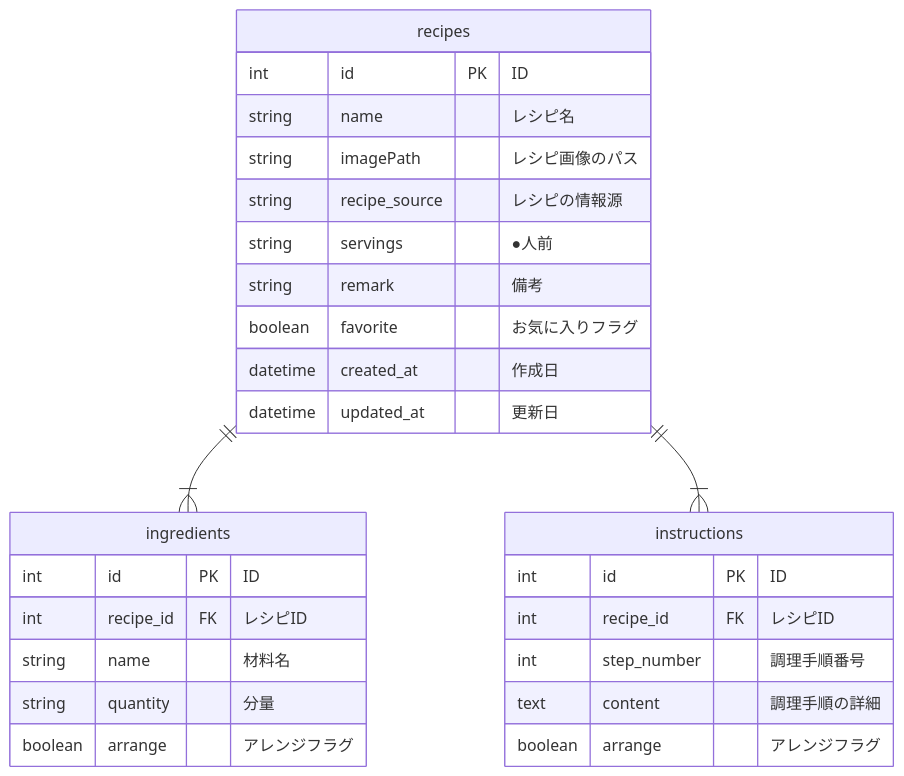
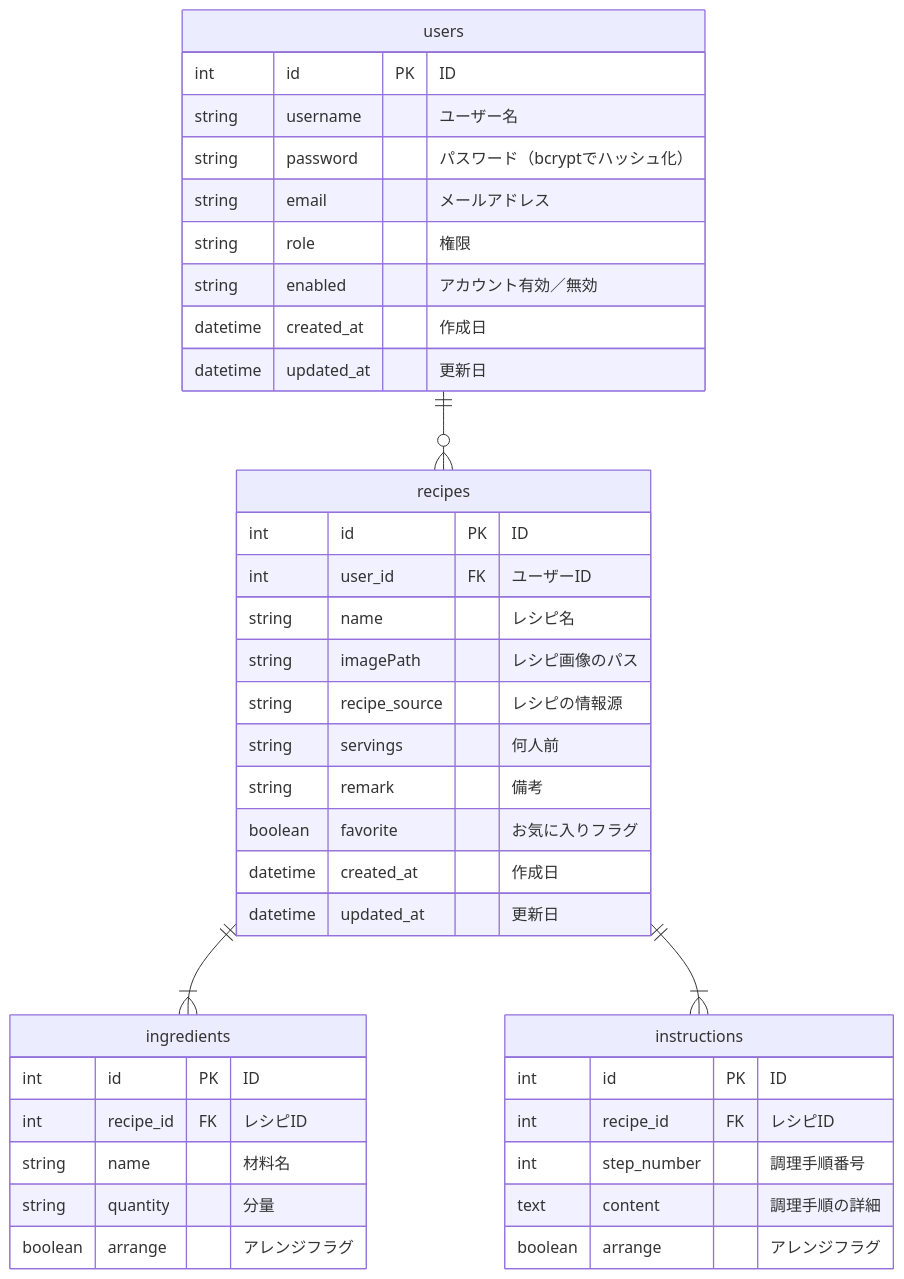
Before and after one commit to YaraiM/RecipeNotebook: the diagram in README.md, drawn with Mermaid. The commit also changed other lines of this file and 9 other files, not shown here.

````diff
--- a/README.md
+++ b/README.md
@@ -83,37 +85,50 @@
 ```mermaid
 ---
 title: ""
 ---
 %%{ init: { themeVariables: { spacingFactor: 0.5 } } }%%
 erDiagram
+    users ||--o{ recipes: ""
     recipes ||--|{ ingredients: ""
     recipes ||--|{ instructions: ""
 
+    users {
+        int id PK "ID"
+        string username "ユーザー名"
+        string password "パスワード（bcryptでハッシュ化）"
+        string email "メールアドレス"
+        string role "権限"
+        string enabled "アカウント有効／無効"
+        datetime created_at "作成日"
+        datetime updated_at "更新日"
+    }
+
     recipes {
         int id PK "ID"
+        int user_id FK "ユーザーID"
         string name "レシピ名"
         string imagePath "レシピ画像のパス"
         string recipe_source "レシピの情報源"
-        string servings "●人前"
+        string servings "何人前"
         string remark "備考"
         boolean favorite "お気に入りフラグ"
         datetime created_at "作成日"
         datetime updated_at "更新日"
     }
 
     ingredients {
         int id PK "ID"
         int recipe_id FK "レシピID"
         string name "材料名"
         string quantity "分量"
         boolean arrange "アレンジフラグ"
     }
 
     instructions {
         int id PK "ID"
         int recipe_id FK "レシピID"
         int step_number "調理手順番号"
         text content "調理手順の詳細"
         boolean arrange "アレンジフラグ"
     }
 ```
````
